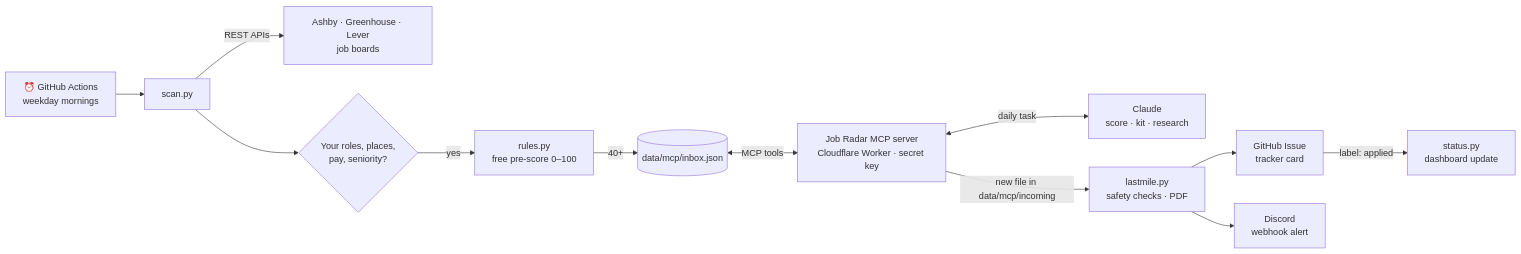
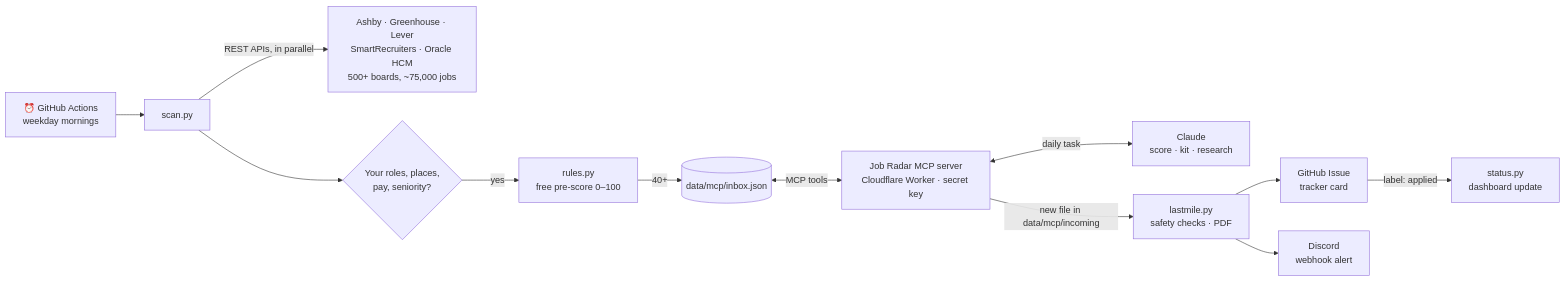
Before and after one commit to atrolio02/job-radar-showcase: the diagram in README.md, drawn with Mermaid. The commit also changed other lines of this file and 40 other files, not shown here.

````diff
--- a/README.md
+++ b/README.md
@@ -21,14 +21,14 @@
 ```mermaid
 flowchart LR
   cron["⏰ GitHub Actions<br/>weekday mornings"] --> scan["scan.py"]
-  scan -- "REST APIs" --> boards["Ashby · Greenhouse · Lever<br/>job boards"]
+  scan -- "REST APIs, in parallel" --> boards["Ashby · Greenhouse · Lever<br/>SmartRecruiters · Oracle HCM<br/>500+ boards, ~75,000 jobs"]
   scan --> filt{"Your roles, places,<br/>pay, seniority?"}
   filt -- yes --> pre["rules.py<br/>free pre-score 0–100"]
   pre -- "40+" --> inbox[("data/mcp/inbox.json")]
   inbox <-- "MCP tools" --> mcp["Job Radar MCP server<br/>Cloudflare Worker · secret key"]
   mcp <-- "daily task" --> claude["Claude<br/>score · kit · research"]
   mcp -- "new file in data/mcp/incoming" --> apply["lastmile.py<br/>safety checks · PDF"]
   apply --> issue["GitHub Issue<br/>tracker card"]
   apply --> discord["Discord<br/>webhook alert"]
   issue -- "label: applied" --> status["status.py<br/>dashboard update"]
 ```
````
